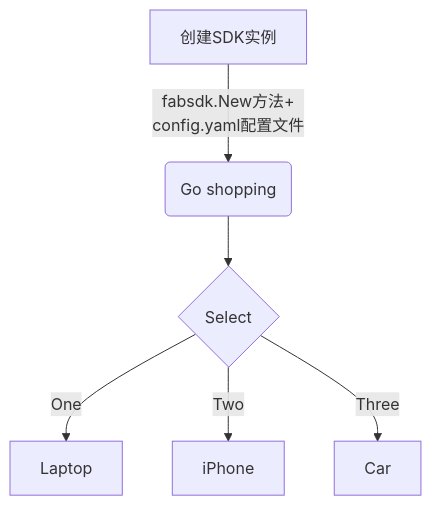
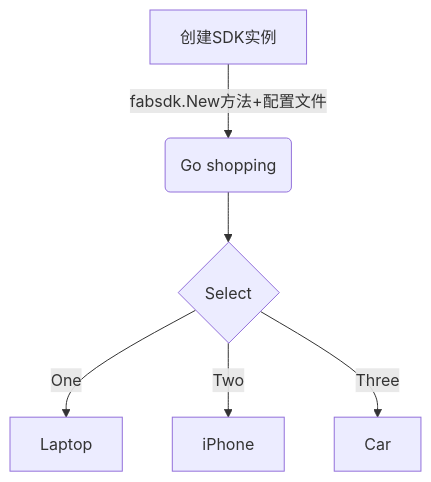
One commit to Utekichan/iodraw-files changed the diagram in all/未命名.md. Above: the diagram before and after it, drawn with Mermaid.

Commit message:
2024-03-30 22:03:08 update

````diff
--- a/all/未命名.md
+++ b/all/未命名.md
@@ -1,10 +1,9 @@
 ```mermaid
 graph TD
-    A[创建SDK实例] -->|fabsdk.New方法+
-    config.yaml配置文件| B(Go shopping)
+    A[创建SDK实例] -->|fabsdk.New方法+配置文件| B(Go shopping)
     B --> C{Select}
     C -->|One| D[Laptop]
     C -->|Two| E[iPhone]
     C -->|Three| F[Car]
   
 ```
````
